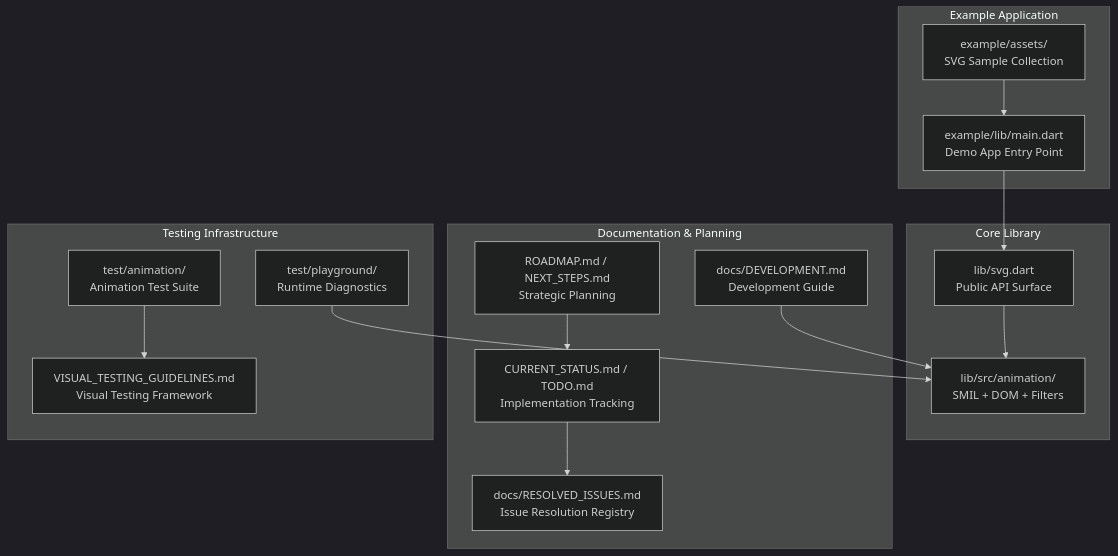
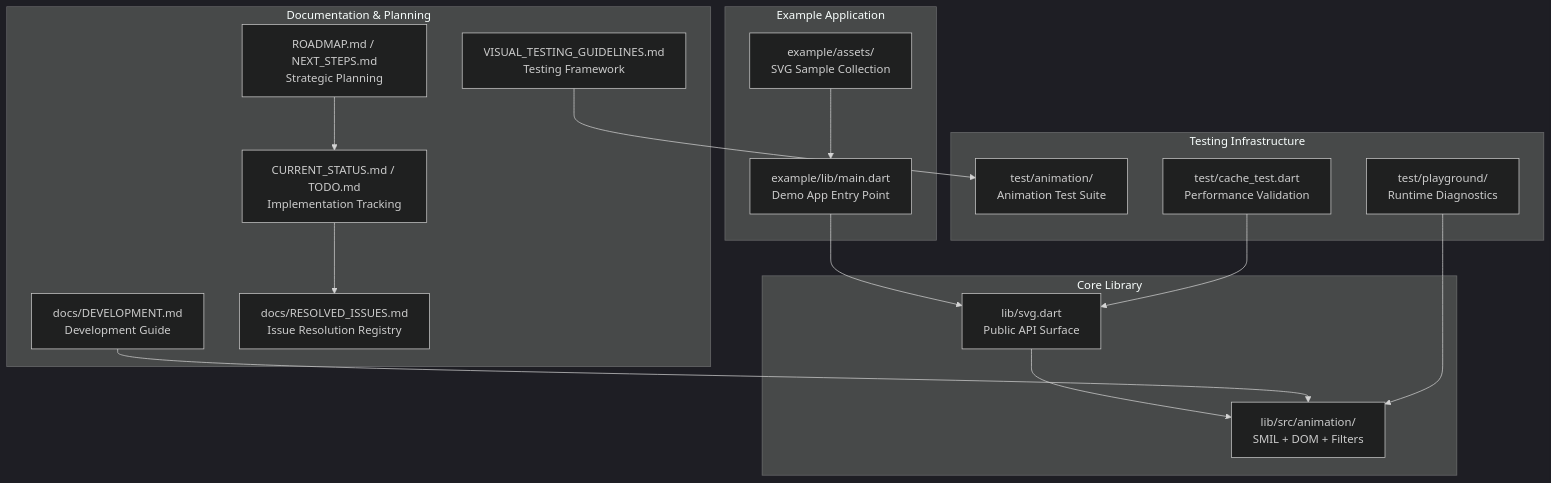
The diagram in .qoder/repowiki/en/content/Development and Contributing.md (denisnadey/flutter_full_svg_support), drawn with Mermaid (dark theme) before and after one commit. The commit also changed other lines of this file and 58 other files, not shown here.

````diff
--- a/.qoder/repowiki/en/content/Development and Contributing.md
+++ b/.qoder/repowiki/en/content/Development and Contributing.md
@@ -57,30 +58,32 @@
 ```mermaid
 graph TB
 subgraph "Core Library"
 A["lib/svg.dart<br/>Public API Surface"]
 B["lib/src/animation/<br/>SMIL + DOM + Filters"]
 end
 subgraph "Example Application"
 C["example/lib/main.dart<br/>Demo App Entry Point"]
 D["example/assets/<br/>SVG Sample Collection"]
 end
 subgraph "Documentation & Planning"
 E["docs/DEVELOPMENT.md<br/>Development Guide"]
 F["ROADMAP.md / NEXT_STEPS.md<br/>Strategic Planning"]
 G["CURRENT_STATUS.md / TODO.md<br/>Implementation Tracking"]
 H["docs/RESOLVED_ISSUES.md<br/>Issue Resolution Registry"]
+I["VISUAL_TESTING_GUIDELINES.md<br/>Testing Framework"]
 end
 subgraph "Testing Infrastructure"
-I["test/animation/<br/>Animation Test Suite"]
-J["VISUAL_TESTING_GUIDELINES.md<br/>Visual Testing Framework"]
+J["test/animation/<br/>Animation Test Suite"]
 K["test/playground/<br/>Runtime Diagnostics"]
+L["test/cache_test.dart<br/>Performance Validation"]
 end
 A --> B
 C --> A
 D --> C
 E --> B
 F --> G
 G --> H
 I --> J
 K --> B
+L --> A
 ```
````
